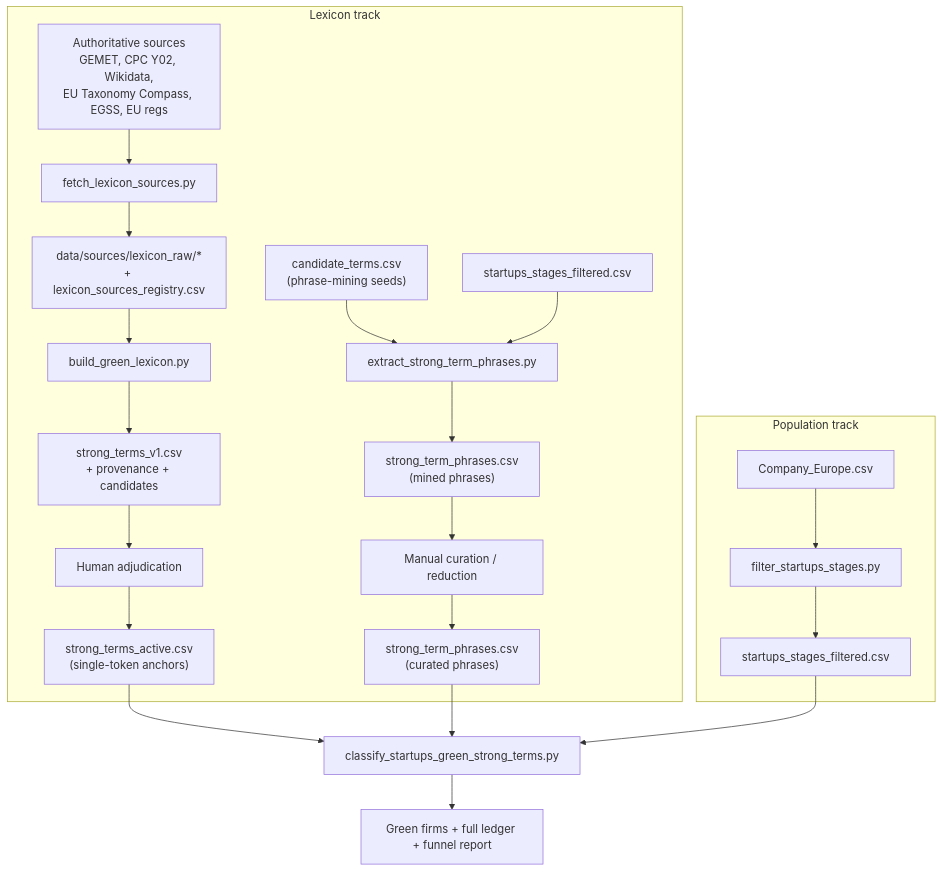
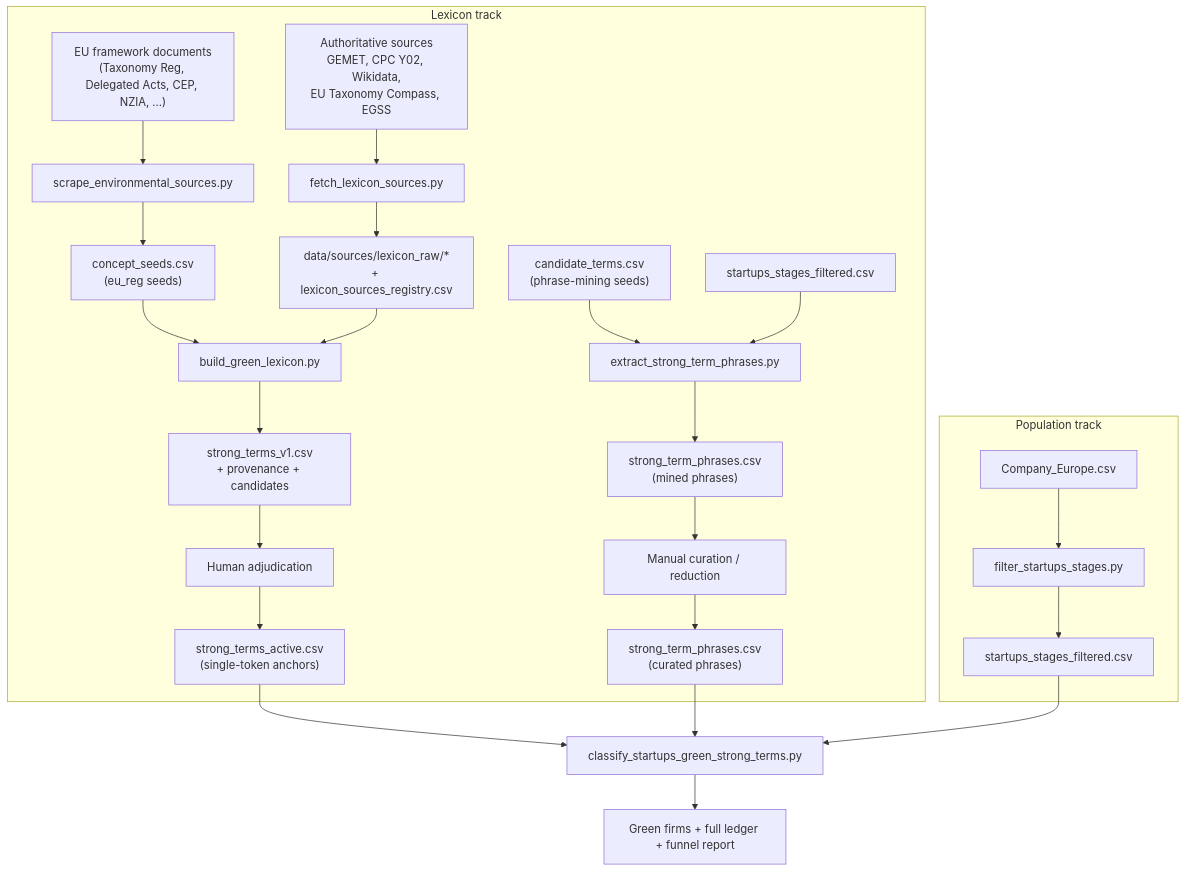
Before and after one commit to Nastasia-P/green_startups: the first of 3 diagrams in GREEN_CLASSIFICATION_PIPELINE.md, drawn with Mermaid. The commit also changed other lines of this file and 1 other file, not shown here.

````diff
--- a/GREEN_CLASSIFICATION_PIPELINE.md
+++ b/GREEN_CLASSIFICATION_PIPELINE.md
@@ -16,26 +16,29 @@
 ```mermaid
 flowchart TB
   subgraph lex [Lexicon track]
-    Sources["Authoritative sources<br/>GEMET, CPC Y02, Wikidata,<br/>EU Taxonomy Compass, EGSS, EU regs"] --> Fetch["fetch_lexicon_sources.py"]
+    Regs["EU framework documents<br/>(Taxonomy Reg, Delegated Acts, CEP, NZIA, ...)"] --> Scrape["scrape_environmental_sources.py"]
+    Scrape --> Seeds2["concept_seeds.csv<br/>(eu_reg seeds)"]
+    Seeds2 --> Build
+    Sources["Authoritative sources<br/>GEMET, CPC Y02, Wikidata,<br/>EU Taxonomy Compass, EGSS"] --> Fetch["fetch_lexicon_sources.py"]
     Fetch --> Raw["data/sources/lexicon_raw/*<br/>+ lexicon_sources_registry.csv"]
     Raw --> Build["build_green_lexicon.py"]
     Build --> V1["strong_terms_v1.csv<br/>+ provenance + candidates"]
     V1 --> Adjud["Human adjudication"]
     Adjud --> Active["strong_terms_active.csv<br/>(single-token anchors)"]
     Seeds["candidate_terms.csv<br/>(phrase-mining seeds)"] --> Mine["extract_strong_term_phrases.py"]
     Pop2["startups_stages_filtered.csv"] --> Mine
     Mine --> Phrases0["strong_term_phrases.csv<br/>(mined phrases)"]
     Phrases0 --> Curate["Manual curation / reduction"]
     Curate --> Phrases["strong_term_phrases.csv<br/>(curated phrases)"]
   end
 
   subgraph pop [Population track]
     Raw2["Company_Europe.csv"] --> Filter["filter_startups_stages.py"]
     Filter --> Pop["startups_stages_filtered.csv"]
   end
 
   Active --> Classify["classify_startups_green_strong_terms.py"]
   Phrases --> Classify
   Pop --> Classify
   Classify --> Out["Green firms + full ledger + funnel report"]
 ```
````
